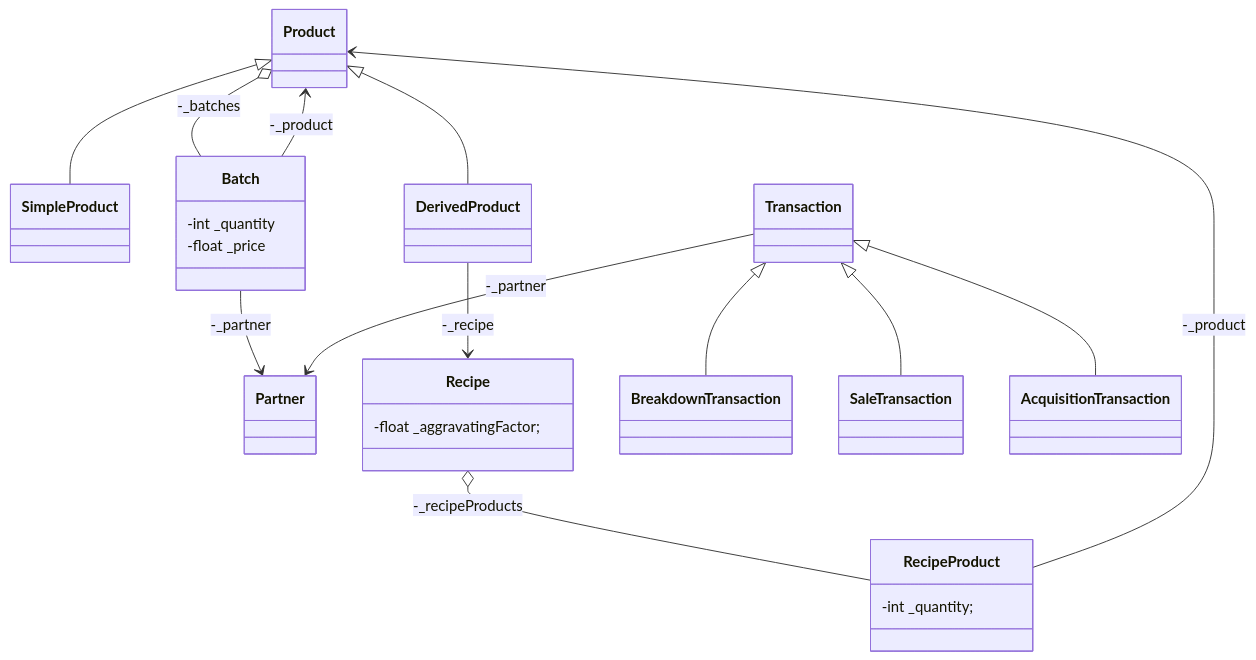
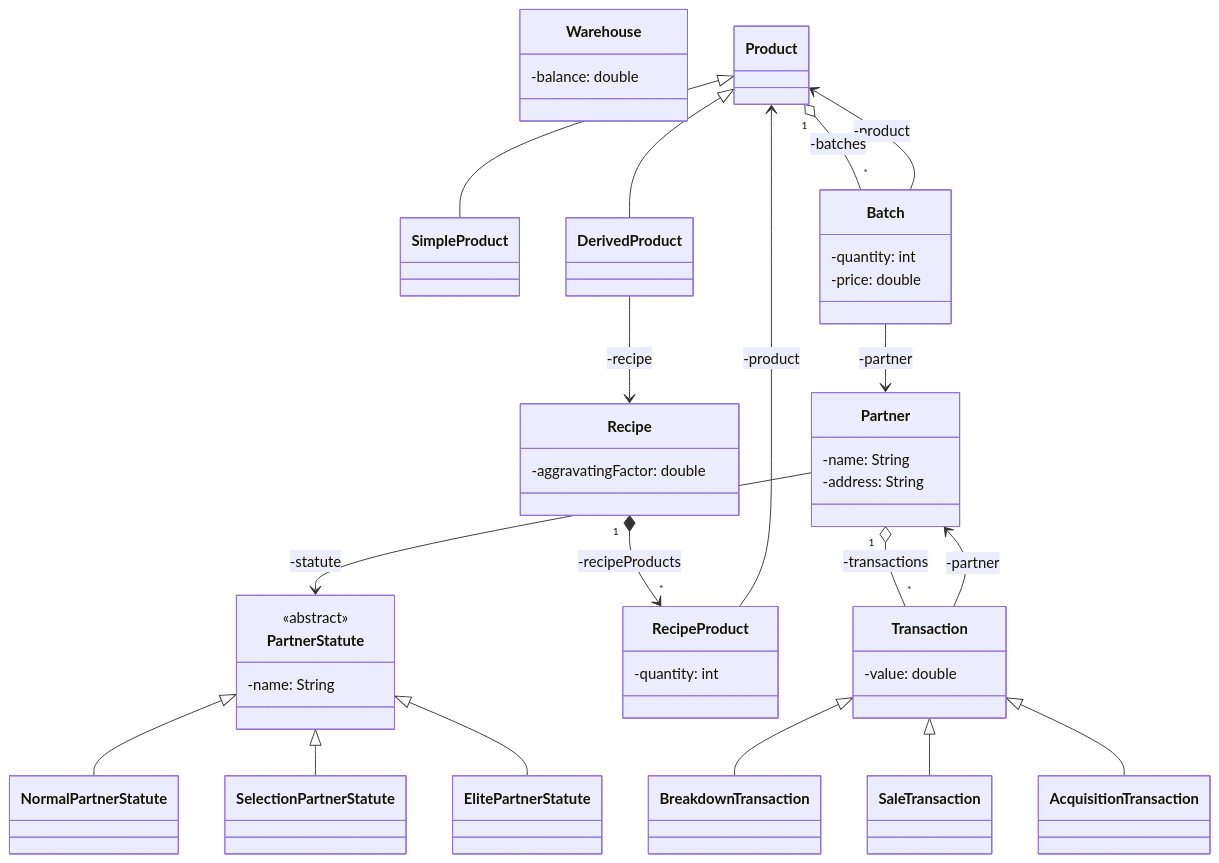
The diagram in uml/ggc-core.mmd (ist199211-ist199311/warehouse-manager-po), drawn with Mermaid before and after one commit.

Commit message:
add more uml about partner

```diff
--- a/uml/ggc-core.mmd
+++ b/uml/ggc-core.mmd
@@ -1,62 +1,92 @@
 classDiagram
+    class Warehouse {
+        %% TODO include_serialization_thing?
+        -balance: double
+    }
+
     class Product {
 
     }
 
     class SimpleProduct {
 
     }
 
     class DerivedProduct {
 
     }
 
     class Batch {
-      -int _quantity
-      -float _price
+        -quantity: int
+        -price: double
     }
 
     class Partner {
+        -name: String
+        -address: String
+    }
+
+    class PartnerStatute {
+        <<abstract>>
+        -name: String
+    }
+
+    class NormalPartnerStatute {
+        
+    }
+
+    class SelectionPartnerStatute {
+
+    }
+
+    class ElitePartnerStatute {
 
     }
 
     class Recipe {
-      -float _aggravatingFactor;
+        -aggravatingFactor: double
     }
 
     class RecipeProduct {
-      -int _quantity;
+        -quantity: int
     }
 
     class Transaction {
-
+        -value: double
     }
 
     class BreakdownTransaction {
 
     }
 
     class SaleTransaction {
 
     }
 
     class AcquisitionTransaction {
 
     }
 
     Product <|-- SimpleProduct
     Product <|-- DerivedProduct
 
-    Recipe o-- RecipeProduct: -_recipeProducts
-    DerivedProduct --> Recipe: -_recipe
-    RecipeProduct --> Product: -_product
+    Recipe "1" *--> "*" RecipeProduct: -recipeProducts
+    DerivedProduct --> Recipe: -recipe
+    RecipeProduct --> Product: -product
 
     Transaction <|-- BreakdownTransaction
     Transaction <|-- SaleTransaction
     Transaction <|-- AcquisitionTransaction
 
-    Batch --> Partner: -_partner
-    Transaction --> Partner: -_partner
-    Batch --> Product: -_product
+    Batch --> Partner: -partner
+    Transaction --> Partner: -partner
+    Batch --> Product: -product
 
-    Product o-- Batch: -_batches
+    Partner --> PartnerStatute: -statute
+    Partner "1" o-- "*" Transaction: -transactions
+
+    PartnerStatute <|-- NormalPartnerStatute
+    PartnerStatute <|-- SelectionPartnerStatute
+    PartnerStatute <|-- ElitePartnerStatute
+
+    Product "1" o-- "*" Batch: -batches
```
